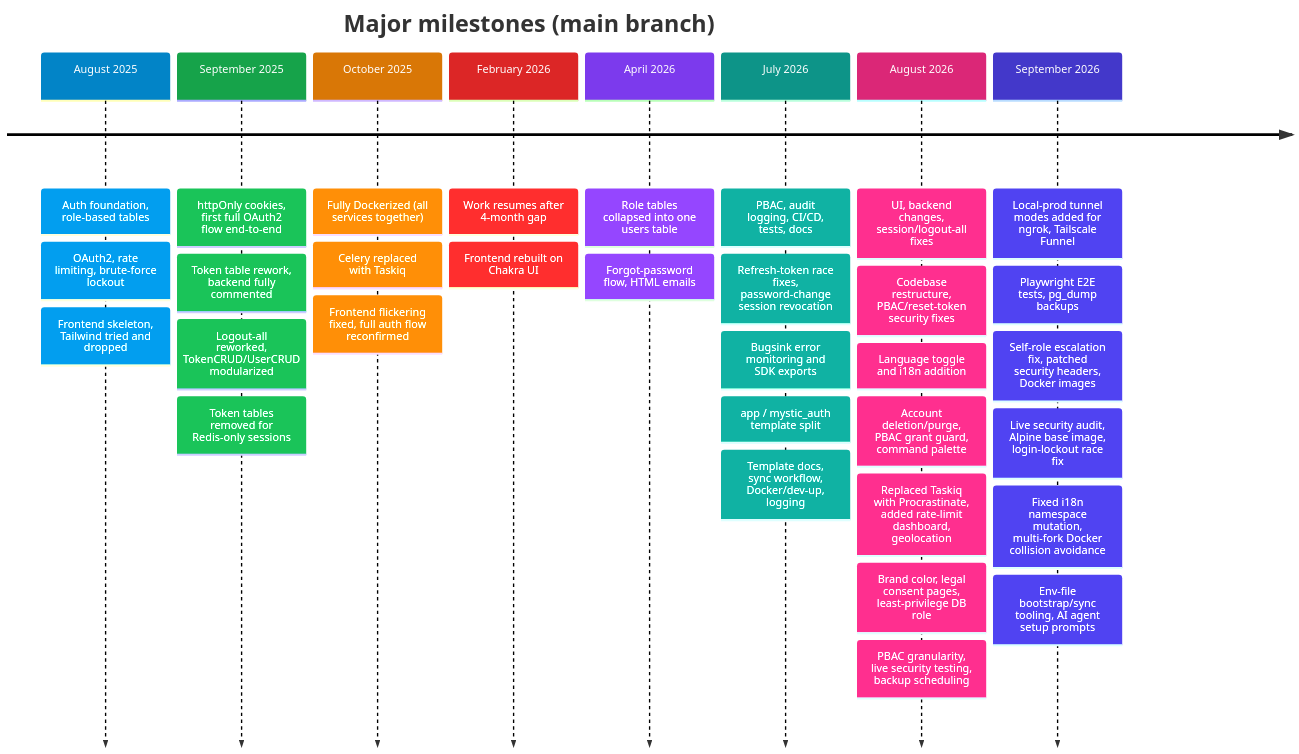
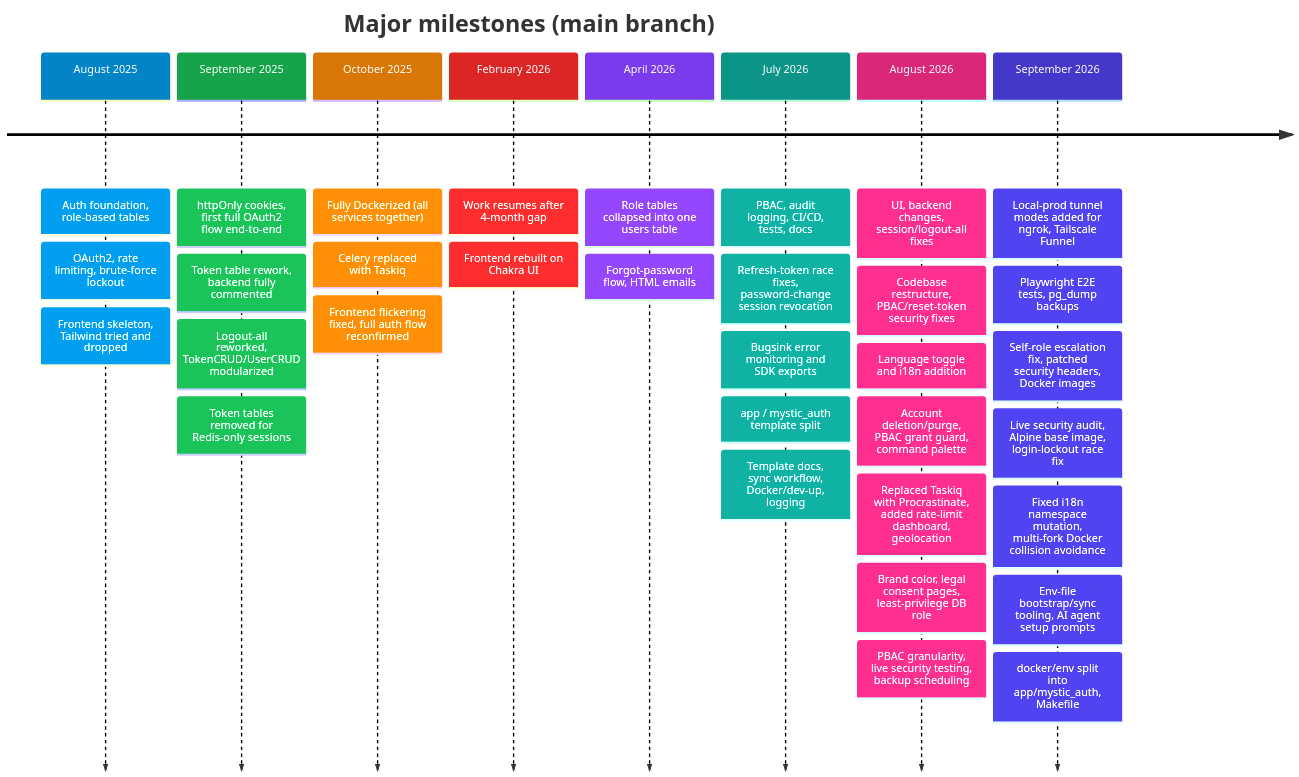
The diagram in docs/mystic_auth/project-story/timeline/README.md (Nachiket-2024/mystic-auth), drawn with Mermaid before and after one commit. The commit also changed other lines of this file and 208 other files, not shown here.

````diff
--- a/docs/mystic_auth/project-story/timeline/README.md
+++ b/docs/mystic_auth/project-story/timeline/README.md
@@ -34,37 +34,38 @@
 ```mermaid
 %%{init: {"themeVariables":{"fontSize":"16px","lineColor":"#334155","cScale0":"#0284c7","cScale1":"#16a34a","cScale2":"#d97706","cScale3":"#dc2626","cScale4":"#7c3aed","cScale5":"#0d9488","cScale6":"#db2777","cScale7":"#4338ca","cScaleLabel0":"#ffffff","cScaleLabel1":"#ffffff","cScaleLabel2":"#ffffff","cScaleLabel3":"#ffffff","cScaleLabel4":"#ffffff","cScaleLabel5":"#ffffff","cScaleLabel6":"#ffffff","cScaleLabel7":"#ffffff"}} }%%
 timeline
     title Major milestones (main branch)
     August 2025: Auth foundation, role-based tables
                 : OAuth2, rate limiting, brute-force lockout
                 : Frontend skeleton, Tailwind tried and dropped
     September 2025: httpOnly cookies, first full OAuth2 flow end-to-end
                    : Token table rework, backend fully commented
                    : Logout-all reworked, TokenCRUD/UserCRUD modularized
                    : Token tables removed for Redis-only sessions
     October 2025: Fully Dockerized (all services together)
                  : Celery replaced with Taskiq
                  : Frontend flickering fixed, full auth flow reconfirmed
     February 2026: Work resumes after 4-month gap
                   : Frontend rebuilt on Chakra UI
     April 2026: Role tables collapsed into one users table
                : Forgot-password flow, HTML emails
     July 2026: PBAC, audit logging, CI/CD, tests, docs
               : Refresh-token race fixes, password-change session revocation
               : Bugsink error monitoring and SDK exports
               : app / mystic_auth template split
               : Template docs, sync workflow, Docker/dev-up, logging
     August 2026: UI, backend changes, session/logout-all fixes
                 : Codebase restructure, PBAC/reset-token security fixes
                 : Language toggle and i18n addition
                 : Account deletion/purge, PBAC grant guard, command palette
                 : Replaced Taskiq with Procrastinate, added rate-limit dashboard, geolocation
                 : Brand color, legal consent pages, least-privilege DB role
                 : PBAC granularity, live security testing, backup scheduling
     September 2026: Local-prod tunnel modes added for ngrok, Tailscale Funnel
                    : Playwright E2E tests, pg_dump backups
                    : Self-role escalation fix, patched security headers, Docker images
                    : Live security audit, Alpine base image, login-lockout race fix
                    : Fixed i18n namespace mutation, multi-fork Docker collision avoidance
                    : Env-file bootstrap/sync tooling, AI agent setup prompts
+                   : docker/env split into app/mystic_auth, Makefile
 ```
````
